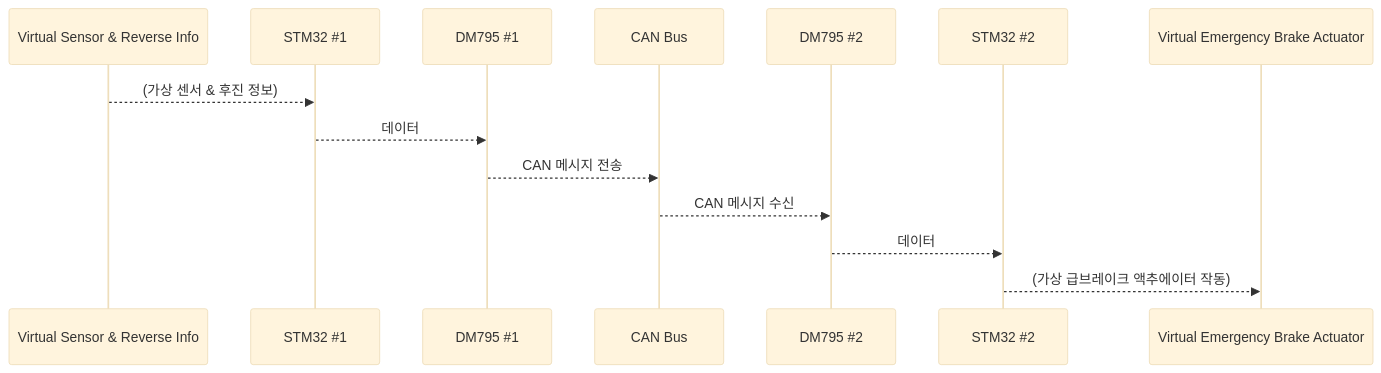
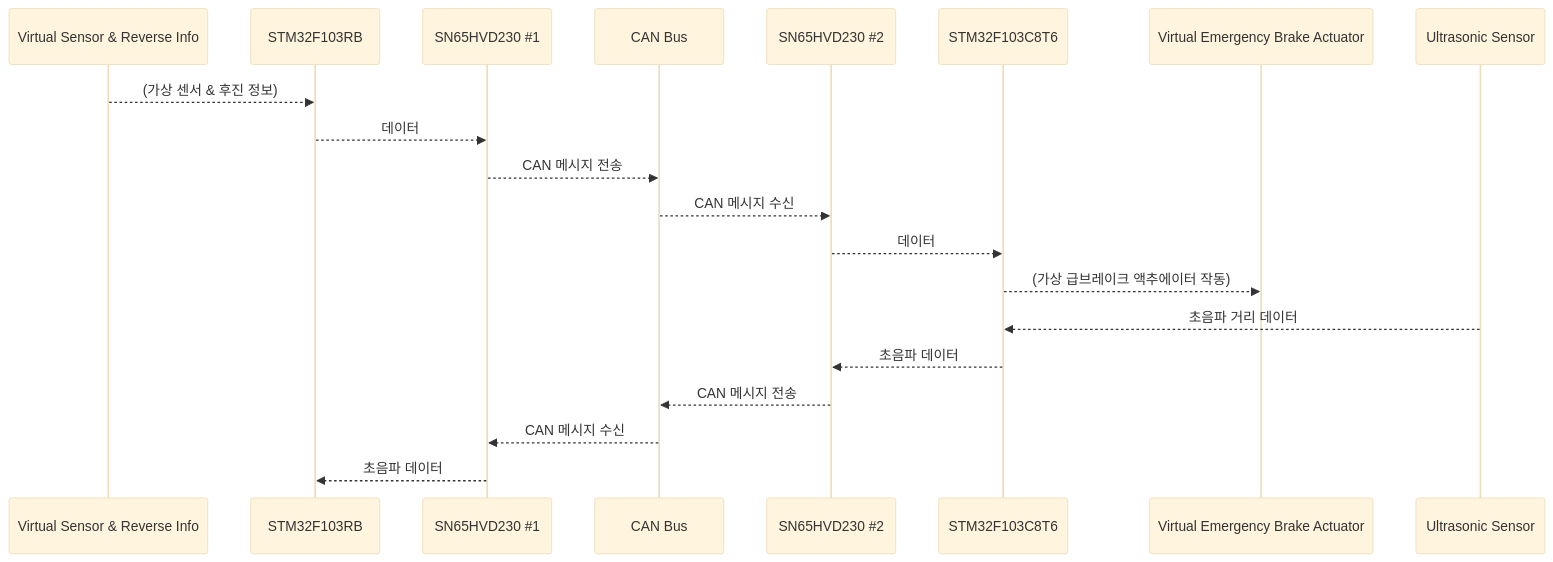
One commit to jgh05168/HukBrake changed the first of 2 diagrams in README.md. Above: the diagram before and after it, drawn with Mermaid (base theme). The commit also changed other lines of this file and 5 other files, not shown here.

````diff
--- a/README.md
+++ b/README.md
@@ -59,17 +88,26 @@
 ```mermaid
 sequenceDiagram
     participant Virtual Sensor & Reverse Info
-    participant STM32 #1
-    participant DM795 #1
+    participant STM32F103RB
+    participant SN65HVD230 #1
     participant CAN Bus
-    participant DM795 #2
-    participant STM32 #2
+    participant SN65HVD230 #2
+    participant STM32F103C8T6
     participant Virtual Emergency Brake Actuator
+    participant Ultrasonic Sensor
 
-    Virtual Sensor & Reverse Info-->>STM32 #1: (가상 센서 & 후진 정보)
-    STM32 #1-->>DM795 #1: 데이터
-    DM795 #1-->>CAN Bus: CAN 메시지 전송
-    CAN Bus-->>DM795 #2: CAN 메시지 수신
-    DM795 #2-->>STM32 #2: 데이터
-    STM32 #2-->>Virtual Emergency Brake Actuator: (가상 급브레이크 액추에이터 작동)
+    %% 기존 흐름
+    Virtual Sensor & Reverse Info-->>STM32F103RB: (가상 센서 & 후진 정보)
+    STM32F103RB-->>SN65HVD230 #1: 데이터
+    SN65HVD230 #1-->>CAN Bus: CAN 메시지 전송
+    CAN Bus-->>SN65HVD230 #2: CAN 메시지 수신
+    SN65HVD230 #2-->>STM32F103C8T6: 데이터
+    STM32F103C8T6-->>Virtual Emergency Brake Actuator: (가상 급브레이크 액추에이터 작동)
+
+    %% 초음파 센서 정보 전송 흐름 (역방향)
+    Ultrasonic Sensor-->>STM32F103C8T6: 초음파 거리 데이터
+    STM32F103C8T6-->>SN65HVD230 #2: 초음파 데이터
+    SN65HVD230 #2-->>CAN Bus: CAN 메시지 전송
+    CAN Bus-->>SN65HVD230 #1: CAN 메시지 수신
+    SN65HVD230 #1-->>STM32F103RB: 초음파 데이터
 ```
````
